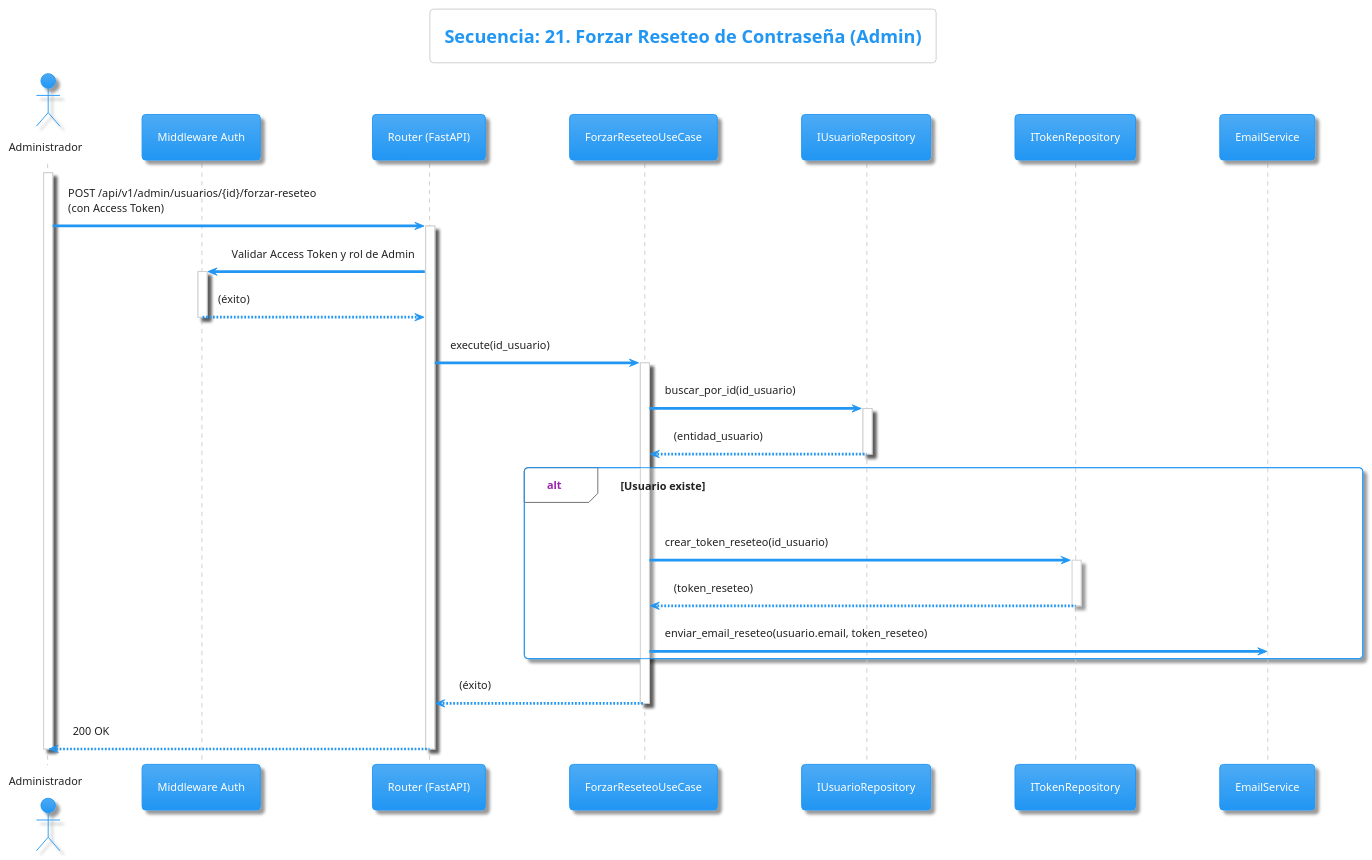
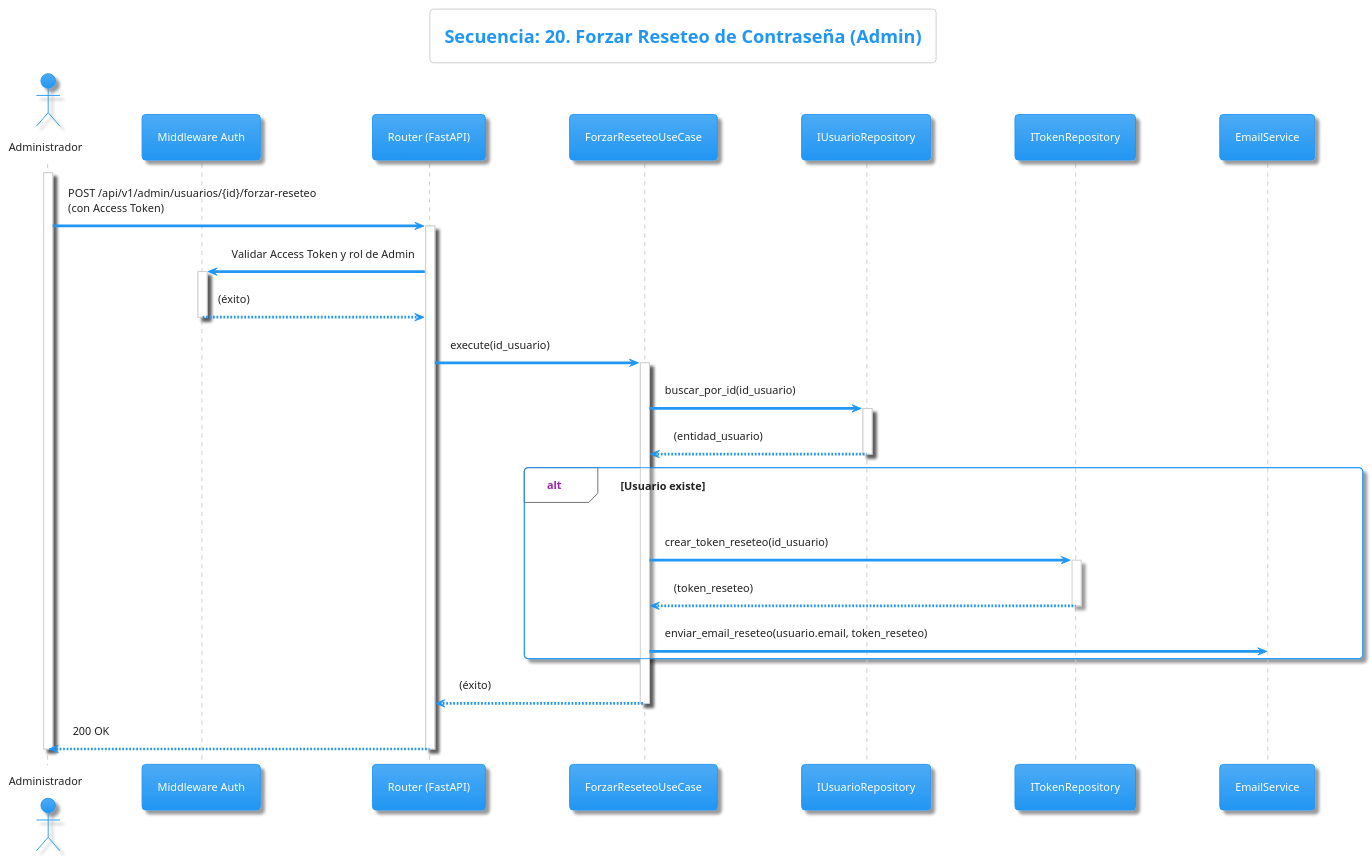
One commit to seglion/Proyecto_A_Fervenza_Tinta changed diagram 22 of 22 in diagrama_users.md. Above: the diagram before and after it, drawn with PlantUML. The commit also changed other lines of this file and 48 other files, not shown here.

````diff
--- a/diagrama_users.md
+++ b/diagrama_users.md
@@ -1144,46 +1074,46 @@
 ```plantuml
 @startuml
 !theme materia
-title Secuencia: 21. Forzar Reseteo de Contraseña (Admin)
+title Secuencia: 20. Forzar Reseteo de Contraseña (Admin)
 
 actor Administrador
 participant "Middleware Auth" as Auth
 participant "Router (FastAPI)" as API
 participant "ForzarReseteoUseCase" as UseCase
 participant "IUsuarioRepository" as UserRepo
 participant "ITokenRepository" as TokenRepo
 participant "EmailService" as EmailService
 
 activate Administrador
 Administrador -> API: POST /api/v1/admin/usuarios/{id}/forzar-reseteo\n(con Access Token)
 activate API
 
 API -> Auth: Validar Access Token y rol de Admin
 activate Auth
 Auth --> API: (éxito)
 deactivate Auth
 
 API -> UseCase: execute(id_usuario)
 activate UseCase
 
 UseCase -> UserRepo: buscar_por_id(id_usuario)
 activate UserRepo
 UserRepo --> UseCase: (entidad_usuario)
 deactivate UserRepo
 
 alt Usuario existe
     UseCase -> TokenRepo: crear_token_reseteo(id_usuario)
     activate TokenRepo
     TokenRepo --> UseCase: (token_reseteo)
     deactivate TokenRepo
     UseCase -> EmailService: enviar_email_reseteo(usuario.email, token_reseteo)
 end
 
 UseCase --> API: (éxito)
 deactivate UseCase
 
 API --> Administrador: 200 OK
 deactivate API
 deactivate Administrador
 @enduml
 ```
````
